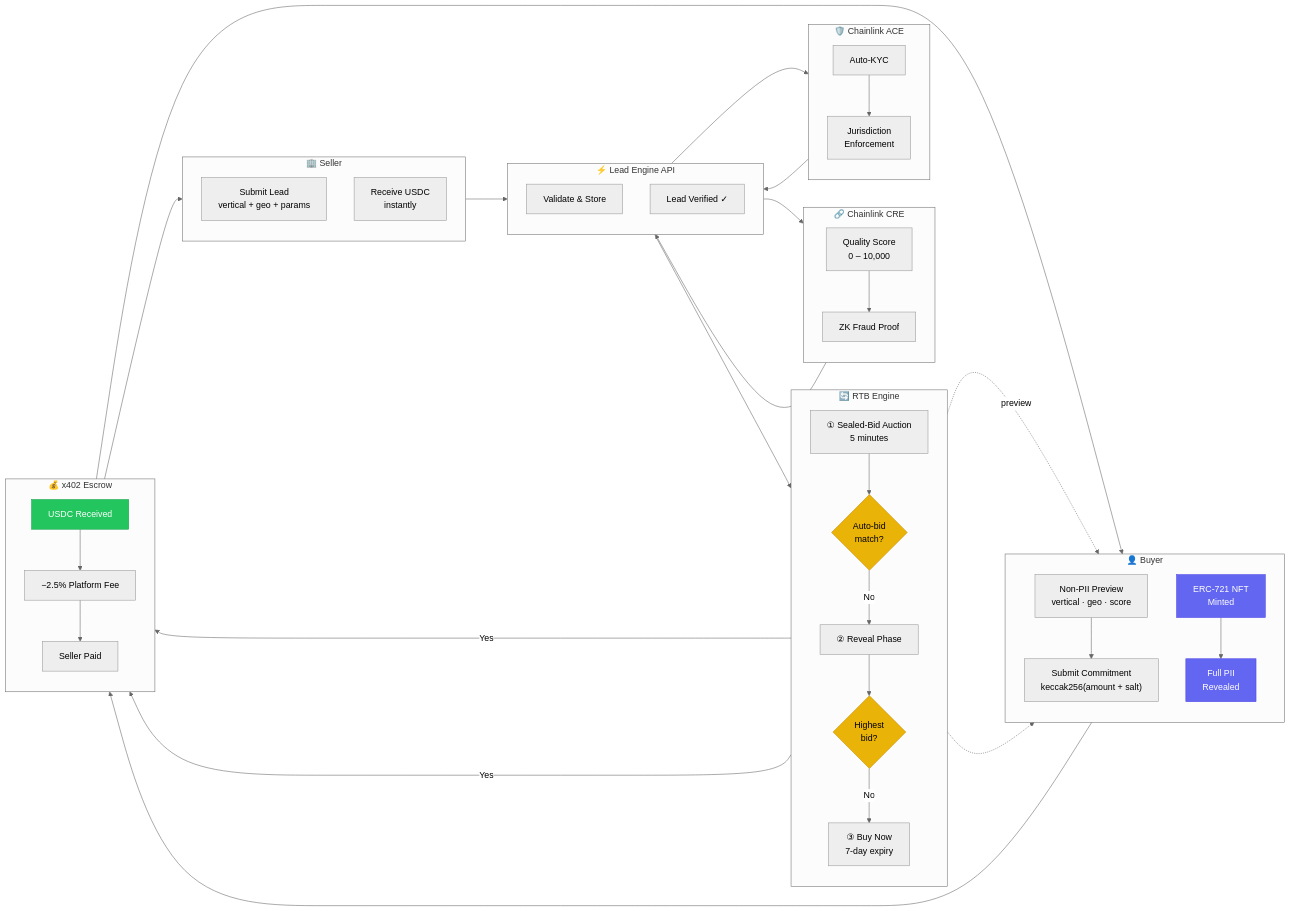
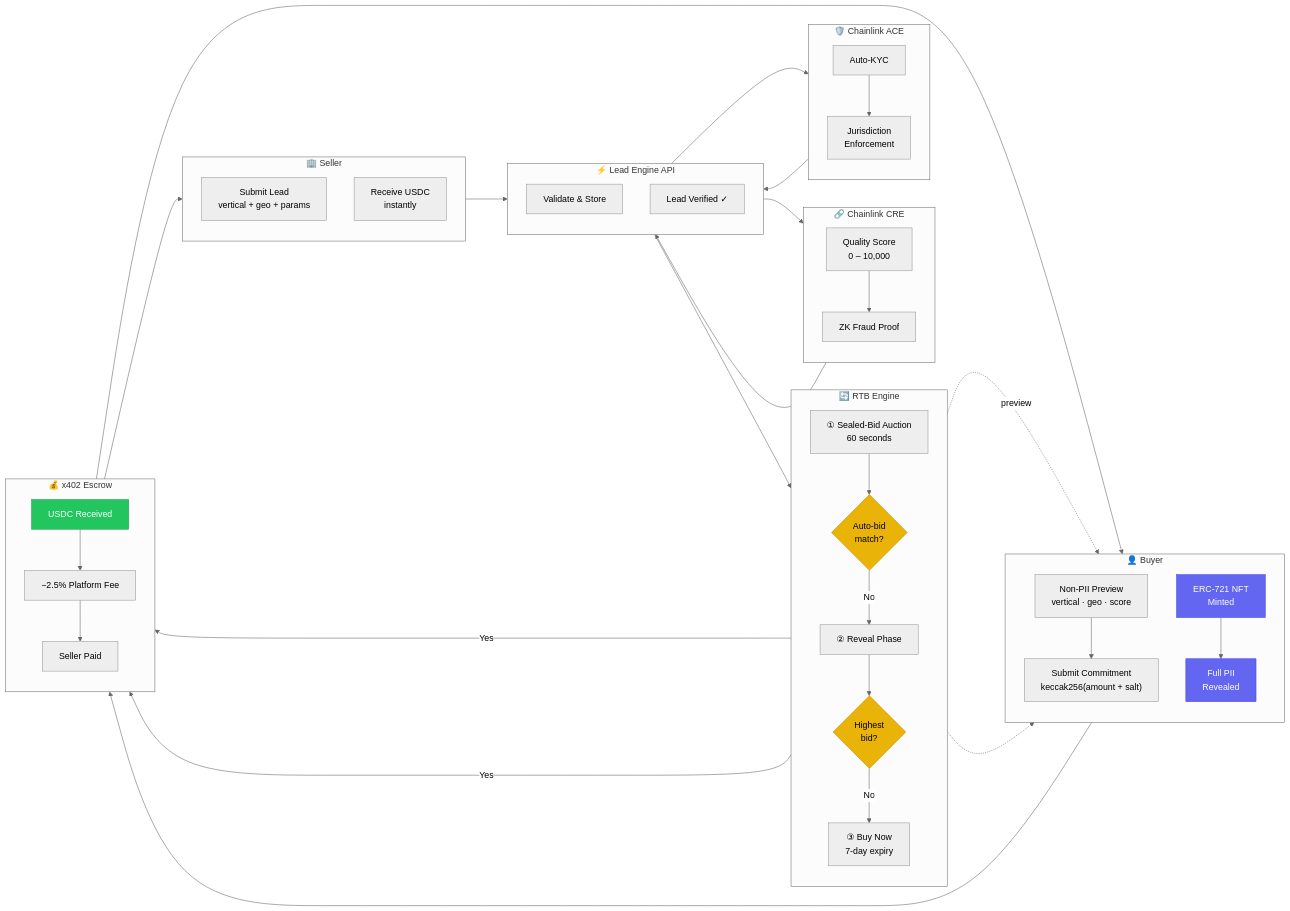
One commit to bnmbnmai/lead-engine-cre changed the diagram in docs/sealed-bid-auction-flow.md. Above: the diagram before and after it, drawn with Mermaid (neutral theme). The commit also changed 50 other files, not shown here.

````diff
--- a/docs/sealed-bid-auction-flow.md
+++ b/docs/sealed-bid-auction-flow.md
@@ -3,79 +3,79 @@
 ```mermaid
 flowchart LR
     subgraph seller["🏢 Seller"]
         direction TB
         s1["Submit Lead<br/>vertical + geo + params"]
         s2["Receive USDC<br/>instantly"]
     end
 
     subgraph api["⚡ Lead Engine API"]
         direction TB
         a1["Validate & Store"]
         a2["Lead Verified ✓"]
     end
 
     subgraph cre["🔗 Chainlink CRE"]
         direction TB
         c1["Quality Score<br/>0 – 10,000"]
         c2["ZK Fraud Proof"]
         c1 --> c2
     end
 
     subgraph ace["🛡️ Chainlink ACE"]
         direction TB
         ac1["Auto-KYC"]
         ac2["Jurisdiction<br/>Enforcement"]
         ac1 --> ac2
     end
 
     subgraph rtb["🔄 RTB Engine"]
         direction TB
-        r1["① Sealed-Bid Auction<br/>5 minutes"]
+        r1["① Sealed-Bid Auction<br/>60 seconds"]
         r2{"Auto-bid<br/>match?"}
         r3["② Reveal Phase"]
         r4{"Highest<br/>bid?"}
         r5["③ Buy Now<br/>7-day expiry"]
         r1 --> r2
         r2 -->|No| r3
         r3 --> r4
         r4 -->|No| r5
     end
 
     subgraph buyer["👤 Buyer"]
         direction TB
         b1["Non-PII Preview<br/>vertical · geo · score"]
         b2["Submit Commitment<br/>keccak256(amount + salt)"]
         b3["ERC-721 NFT<br/>Minted"]
         b4["Full PII<br/>Revealed"]
         b1 --> b2
         b3 --> b4
     end
 
     subgraph escrow["💰 x402 Escrow"]
         direction TB
         e1["USDC Received"]
         e2["−2.5% Platform Fee"]
         e3["Seller Paid"]
         e1 --> e2 --> e3
     end
 
     s1 --> a1
     a1 --> c1
     a1 --> ac1
     c2 --> a2
     ac2 --> a2
     a2 --> r1
     r1 -.->|preview| b1
     r2 -->|"Yes"| e1
     r4 -->|"Yes"| e1
     r5 -.-> b2
     b2 --> e1
     e1 --> b3
     e3 --> s2
 
     style r2 fill:#eab308,stroke:#ca8a04,color:#000
     style r4 fill:#eab308,stroke:#ca8a04,color:#000
     style e1 fill:#22c55e,stroke:#16a34a,color:#fff
     style b3 fill:#6366f1,stroke:#4f46e5,color:#fff
     style b4 fill:#6366f1,stroke:#4f46e5,color:#fff
 ```
````
